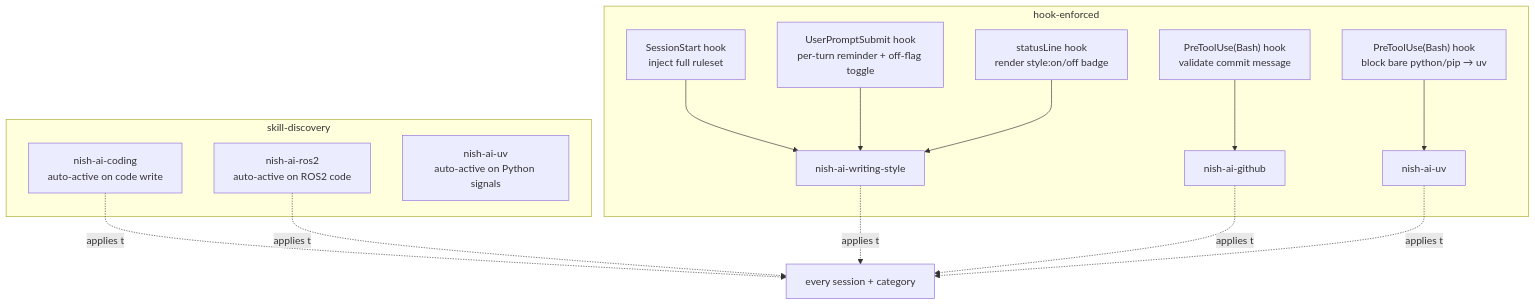
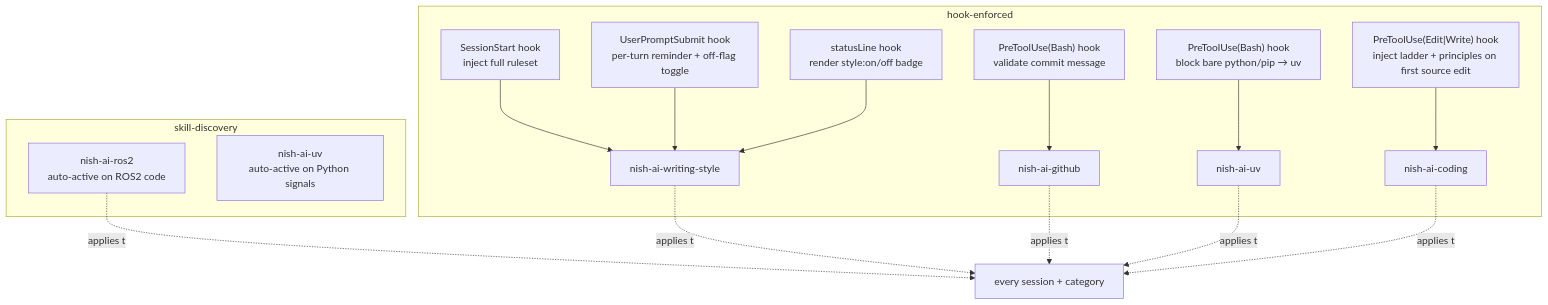
The third of 3 diagrams in README.md (ubunish/nish-ai), drawn with Mermaid before and after one commit. The commit also changed other lines of this file and 5 other files, not shown here.

Commit message:
fix: wire nish-ai-coding into dispatch and add first-edit anchor hook

````diff
--- a/README.md
+++ b/README.md
@@ -205,25 +205,26 @@
 ```mermaid
 flowchart TD
     subgraph hook["hook-enforced"]
         SS["SessionStart hook<br/>inject full ruleset"]
         UP["UserPromptSubmit hook<br/>per-turn reminder + off-flag toggle"]
         SL["statusLine hook<br/>render style:on/off badge"]
         PV["PreToolUse(Bash) hook<br/>validate commit message"]
         PU["PreToolUse(Bash) hook<br/>block bare python/pip → uv"]
+        PC["PreToolUse(Edit|Write) hook<br/>inject ladder + principles on first source edit"]
         SS --> WS["nish-ai-writing-style"]
         UP --> WS
         SL --> WS
         PV --> GH["nish-ai-github"]
         PU --> UV["nish-ai-uv"]
+        PC --> CD["nish-ai-coding"]
     end
     subgraph disc["skill-discovery"]
-        CD["nish-ai-coding<br/>auto-active on code write"]
         RO["nish-ai-ros2<br/>auto-active on ROS2 code"]
         UVD["nish-ai-uv<br/>auto-active on Python signals"]
     end
     WS -.applies to.-> ALL["every session + category"]
     CD -.applies to.-> ALL
     RO -.applies to.-> ALL
     GH -.applies to.-> ALL
     UV -.applies to.-> ALL
 ```
````
